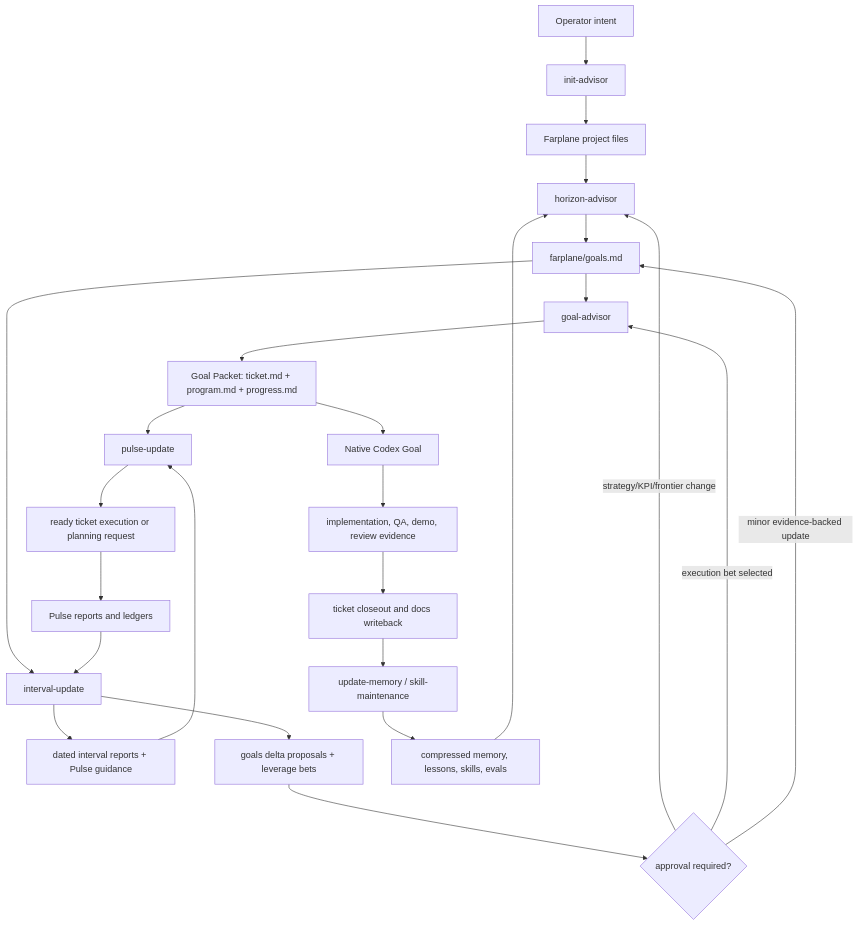
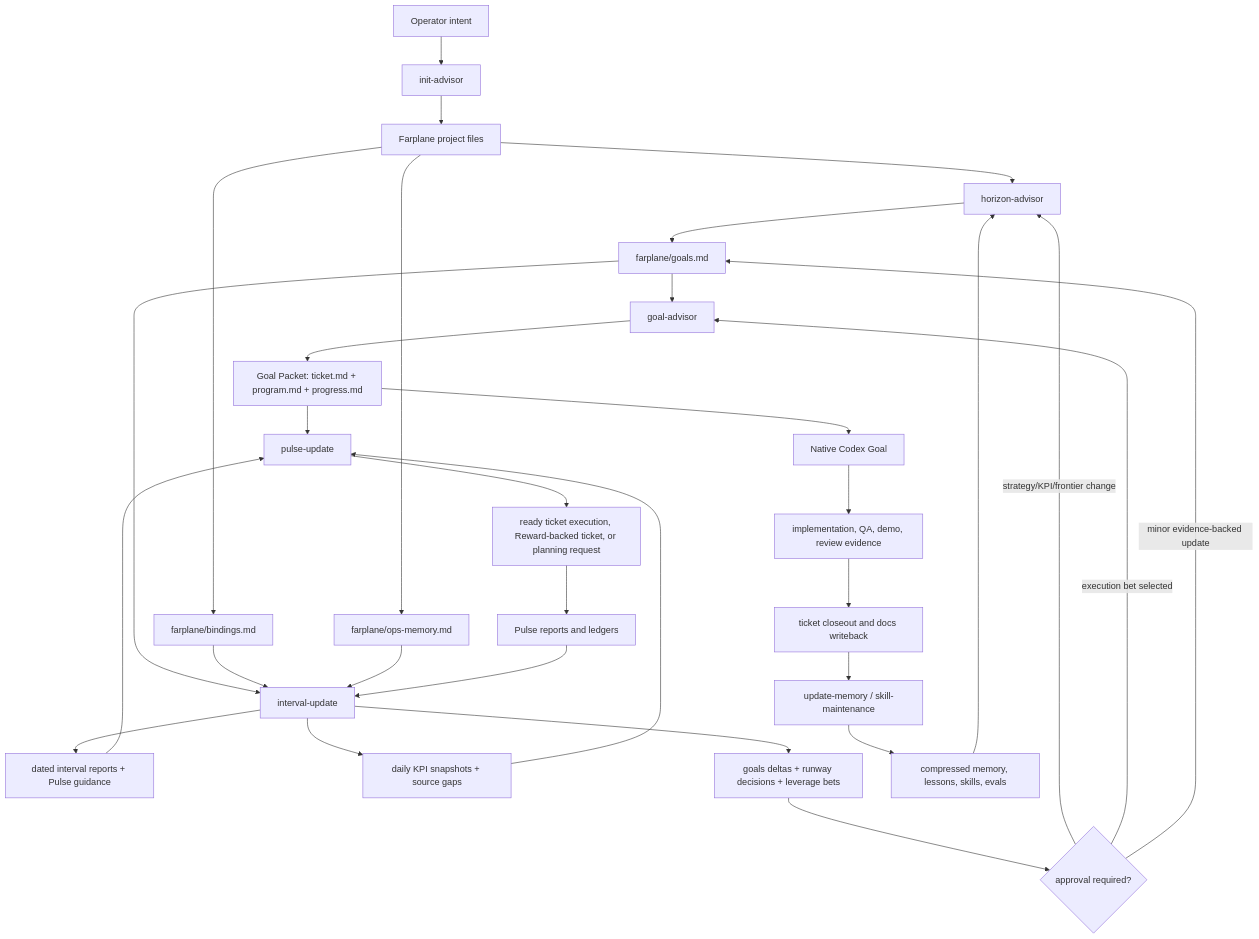
One commit to ZanarkandTechnologies/Farplane changed the diagram in docs/farplane-framework/lifecycle.md. Above: the diagram before and after it, drawn with Mermaid. The commit also changed other lines of this file and 1 other file, not shown here.

Commit message:
Document autonomous KPI runway lifecycle

````diff
--- a/docs/farplane-framework/lifecycle.md
+++ b/docs/farplane-framework/lifecycle.md
@@ -94,27 +96,33 @@
 ```mermaid
 flowchart TD
   A["Operator intent"] --> B["init-advisor"]
   B --> C["Farplane project files"]
   C --> D["horizon-advisor"]
   D --> E["farplane/goals.md"]
+  C --> X["farplane/bindings.md"]
+  C --> Y["farplane/ops-memory.md"]
   E --> F["goal-advisor"]
   F --> G["Goal Packet: ticket.md + program.md + progress.md"]
   G --> H["Native Codex Goal"]
   H --> I["implementation, QA, demo, review evidence"]
   I --> J["ticket closeout and docs writeback"]
   E --> K["interval-update"]
+  X --> K
+  Y --> K
   K --> L["dated interval reports + Pulse guidance"]
-  K --> R["goals delta proposals + leverage bets"]
+  K --> U["daily KPI snapshots + source gaps"]
+  K --> R["goals deltas + runway decisions + leverage bets"]
   R --> S{"approval required?"}
   S -->|strategy/KPI/frontier change| D
   S -->|execution bet selected| F
   S -->|minor evidence-backed update| E
   G --> M["pulse-update"]
   L --> M
-  M --> N["ready ticket execution or planning request"]
+  U --> M
+  M --> N["ready ticket execution, Reward-backed ticket, or planning request"]
   N --> O["Pulse reports and ledgers"]
   O --> K
   J --> P["update-memory / skill-maintenance"]
   P --> Q["compressed memory, lessons, skills, evals"]
   Q --> D
 ```
````
